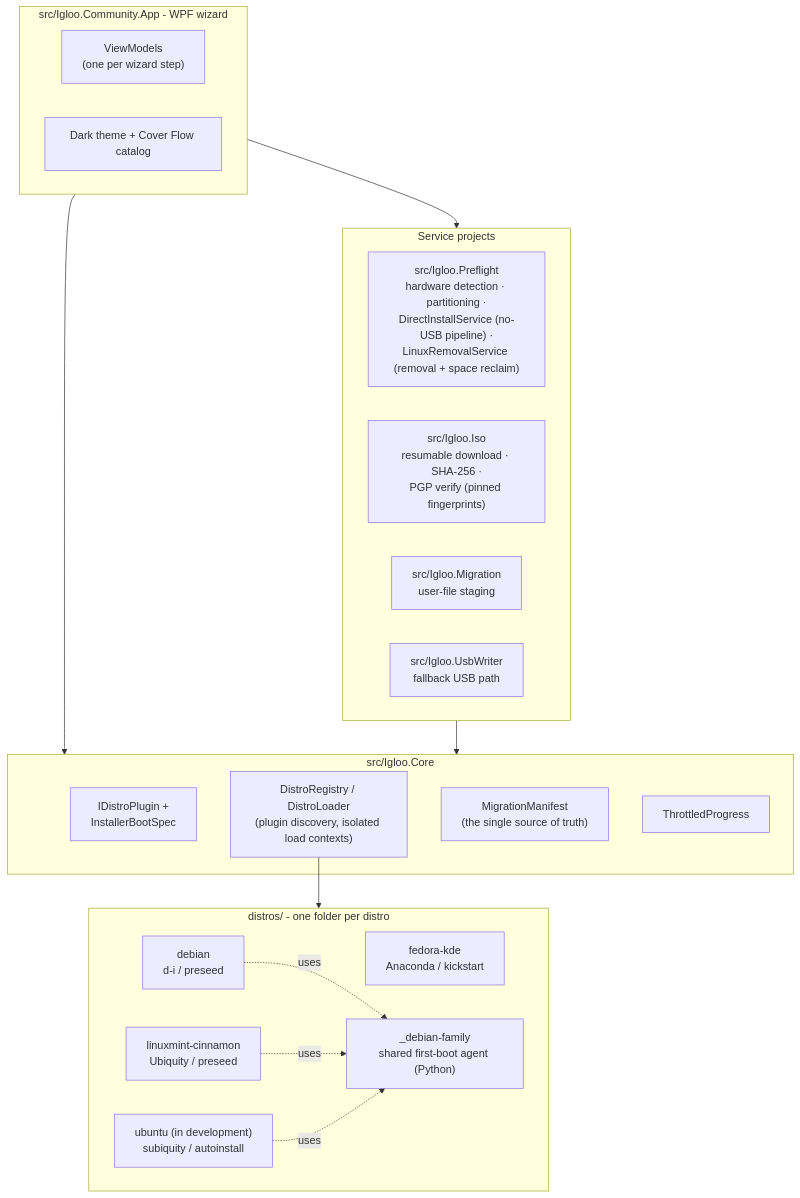
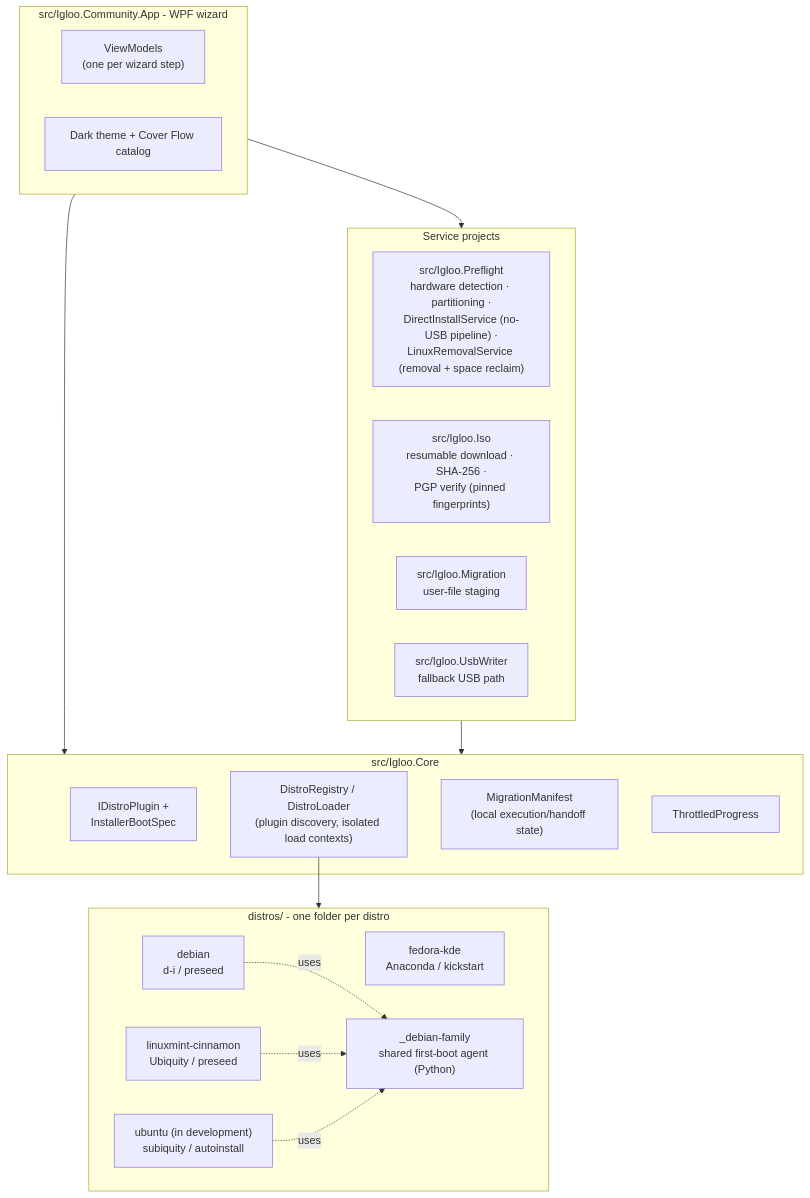
The second of 6 diagrams in docs/architecture.md (gillesduif/iGloo), drawn with Mermaid before and after one commit. The commit also changed other lines of this file and 17 other files, not shown here.

````diff
--- a/docs/architecture.md
+++ b/docs/architecture.md
@@ -36,37 +41,37 @@
 ```mermaid
 flowchart TD
     subgraph APP["src/Igloo.Community.App - WPF wizard"]
         VM["ViewModels<br>(one per wizard step)"]
         THEME["Dark theme + Cover Flow catalog"]
     end
 
     subgraph CORE["src/Igloo.Core"]
         IDP["IDistroPlugin +<br>InstallerBootSpec"]
         REG["DistroRegistry / DistroLoader<br>(plugin discovery, isolated load contexts)"]
-        MAN["MigrationManifest<br>(the single source of truth)"]
+        MAN["MigrationManifest<br>(local execution/handoff state)"]
         THR["ThrottledProgress"]
     end
 
     subgraph SVC["Service projects"]
         PRE["src/Igloo.Preflight<br>hardware detection · partitioning ·<br>DirectInstallService (no-USB pipeline) ·<br>LinuxRemovalService (removal + space reclaim)"]
         ISO["src/Igloo.Iso<br>resumable download · SHA-256 ·<br>PGP verify (pinned fingerprints)"]
         MIG["src/Igloo.Migration<br>user-file staging"]
         USB["src/Igloo.UsbWriter<br>fallback USB path"]
     end
 
     subgraph PLUG["distros/ - one folder per distro"]
         FED["fedora-kde<br>Anaconda / kickstart"]
         DEB["debian<br>d-i / preseed"]
         MINT["linuxmint-cinnamon<br>Ubiquity / preseed"]
         UBU["ubuntu (in development)<br>subiquity / autoinstall"]
         FAM["_debian-family<br>shared first-boot agent (Python)"]
     end
 
     APP --> CORE
     APP --> SVC
     SVC --> CORE
     REG --> PLUG
     DEB -.uses.-> FAM
     MINT -.uses.-> FAM
     UBU -.uses.-> FAM
 ```
````
